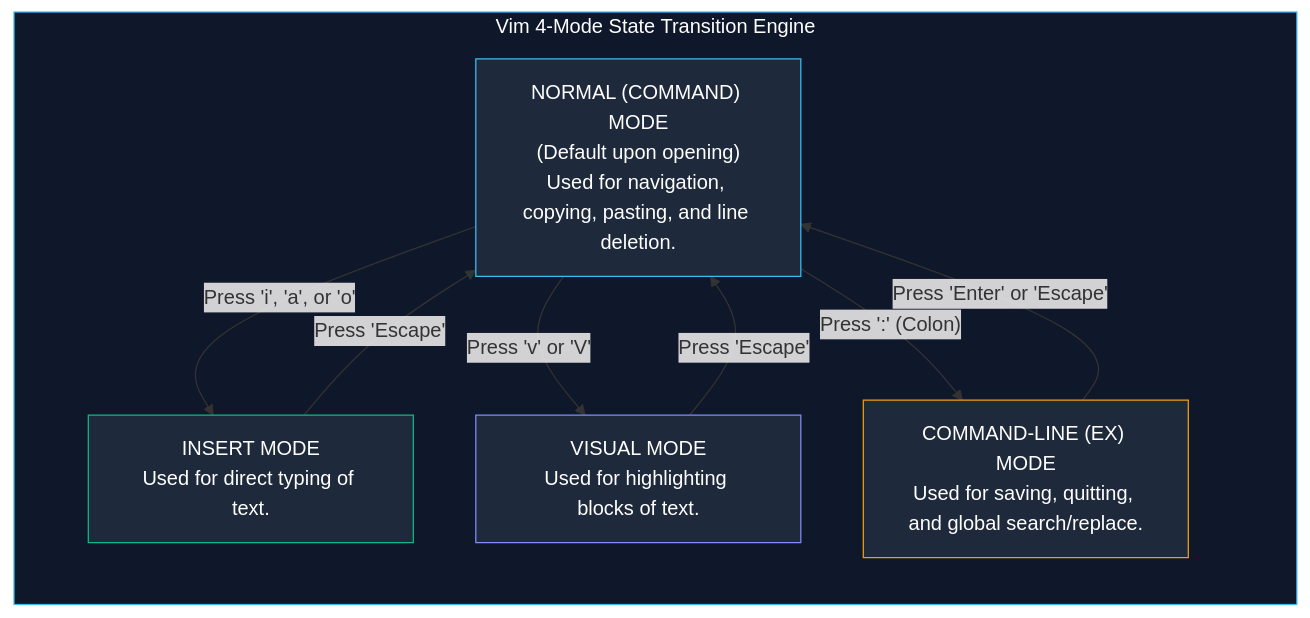
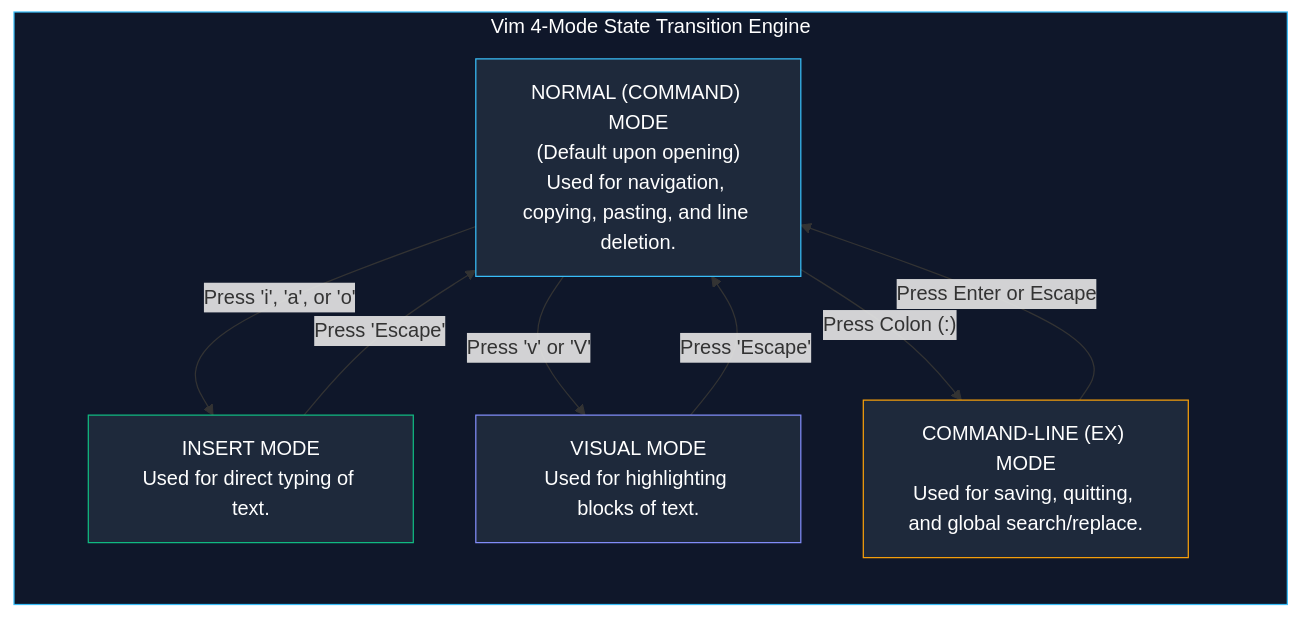
The second of 3 diagrams in System-and-Network-Administrator/03-Linux-Fundamentals/07-Vim-and-Nano.md (Kashif-Mashi/Blue-Team-Handbook), drawn with Mermaid before and after one commit. The commit also changed other lines of this file and 13 other files, not shown here.

Commit message:
Verification & Fixes: Mermaid Diagrams Across the Repository

````diff
--- a/System-and-Network-Administrator/03-Linux-Fundamentals/07-Vim-and-Nano.md
+++ b/System-and-Network-Administrator/03-Linux-Fundamentals/07-Vim-and-Nano.md
@@ -126,25 +126,25 @@
 ```mermaid
 flowchart TD
     subgraph VimModes["Vim 4-Mode State Transition Engine"]
         direction TB
         NORMAL["NORMAL (COMMAND) MODE<br/>(Default upon opening)<br/>Used for navigation, copying, pasting, and line deletion."]
         INSERT["INSERT MODE<br/>Used for direct typing of text."]
         VISUAL["VISUAL MODE<br/>Used for highlighting blocks of text."]
         EX["COMMAND-LINE (EX) MODE<br/>Used for saving, quitting, and global search/replace."]
     end
 
     NORMAL -->|"Press 'i', 'a', or 'o'"| INSERT
     INSERT -->|"Press 'Escape'"| NORMAL
 
     NORMAL -->|"Press 'v' or 'V'"| VISUAL
     VISUAL -->|"Press 'Escape'"| NORMAL
 
-    NORMAL -->|"Press ':' (Colon)"| EX
-    EX -->|"Press 'Enter' or 'Escape'"| NORMAL
+    NORMAL -->|"Press Colon (:)"| EX
+    EX -->|"Press Enter or Escape"| NORMAL
 
     style VimModes fill:#0f172a,stroke:#38bdf8,color:#fff
     style NORMAL fill:#1e293b,stroke:#38bdf8,color:#fff
     style INSERT fill:#1e293b,stroke:#10b981,color:#fff
     style VISUAL fill:#1e293b,stroke:#818cf8,color:#fff
     style EX fill:#1e293b,stroke:#f59e0b,color:#fff
 ```
````
